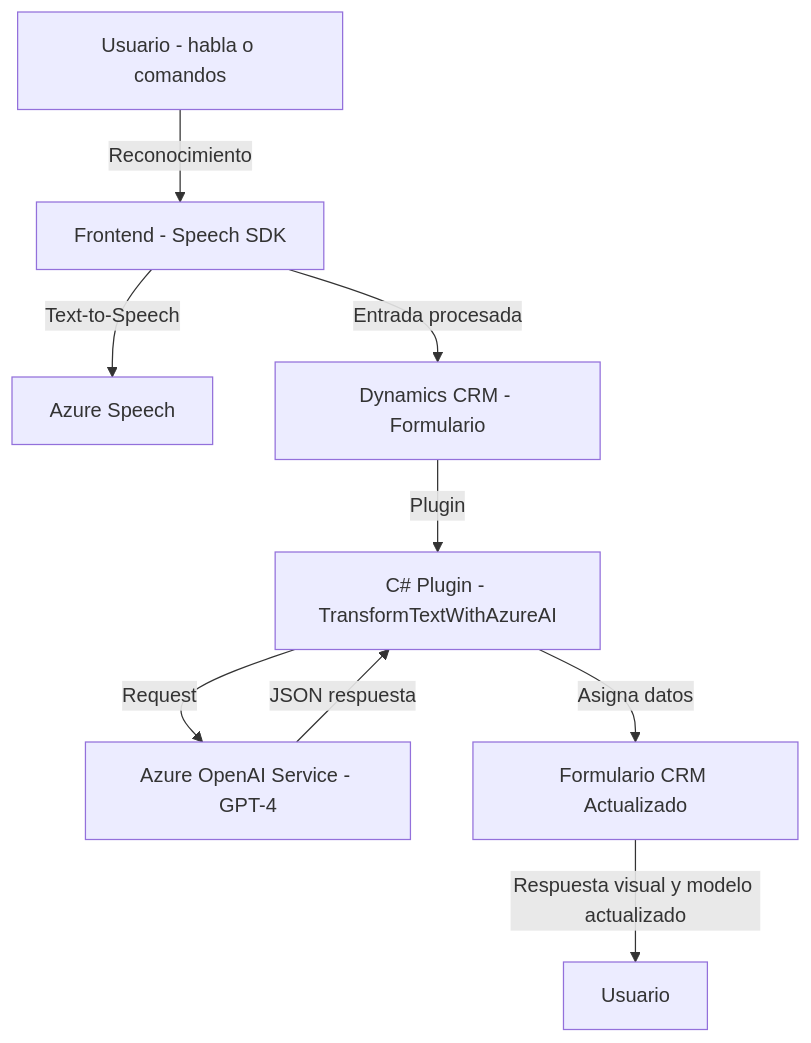
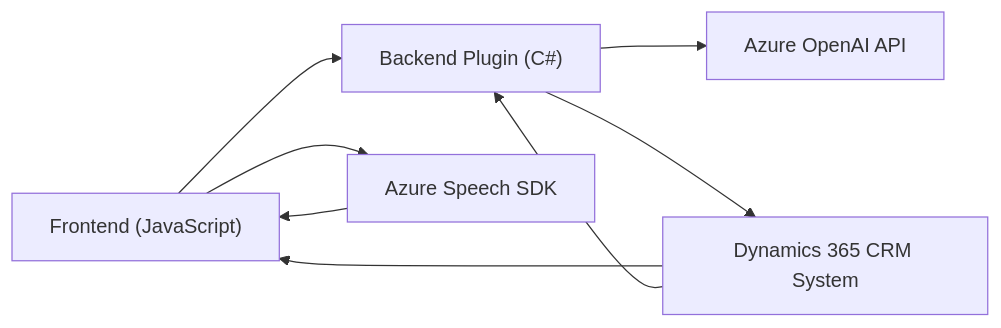
The diagram in README.md (blopezdm/NETCORE_BILBAO2025), drawn with Mermaid before and after one commit. The commit also changed other lines of this file, not shown here.

````diff
--- a/README.md
+++ b/README.md
@@ -49,11 +45,16 @@
 ```mermaid
-graph TD
-    A["Usuario - habla o comandos"] -->|Reconocimiento| B["Frontend - Speech SDK"]
-    B --> |Text-to-Speech| C["Azure Speech"]
-    B --> |Entrada procesada| D["Dynamics CRM - Formulario"]
-    D --> |Plugin| E["C# Plugin - TransformTextWithAzureAI"]
-    E --> |Request| F["Azure OpenAI Service - GPT-4"]
-    F --> |JSON respuesta| E
-    E --> |Asigna datos| G["Formulario CRM Actualizado"]
-    G --> |Respuesta visual y modelo actualizado| H["Usuario"]
+graph LR
+  A["Frontend (JavaScript)"]
+  B["Backend Plugin (C#)"]
+  C["Azure Speech SDK"]
+  D["Azure OpenAI API"]
+  E["Dynamics 365 CRM System"]
+
+  A --> C
+  A --> B
+  B --> D
+  B --> E
+  C --> A
+  E --> A
+  E --> B
 ```
````
